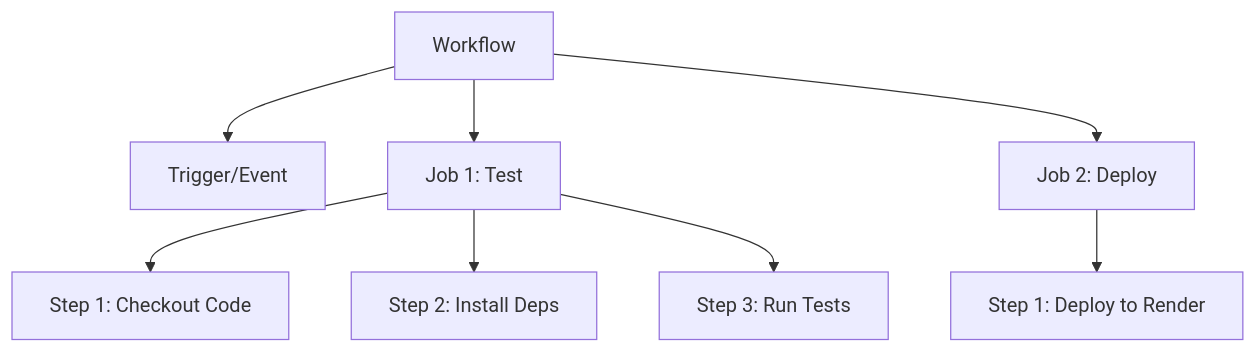
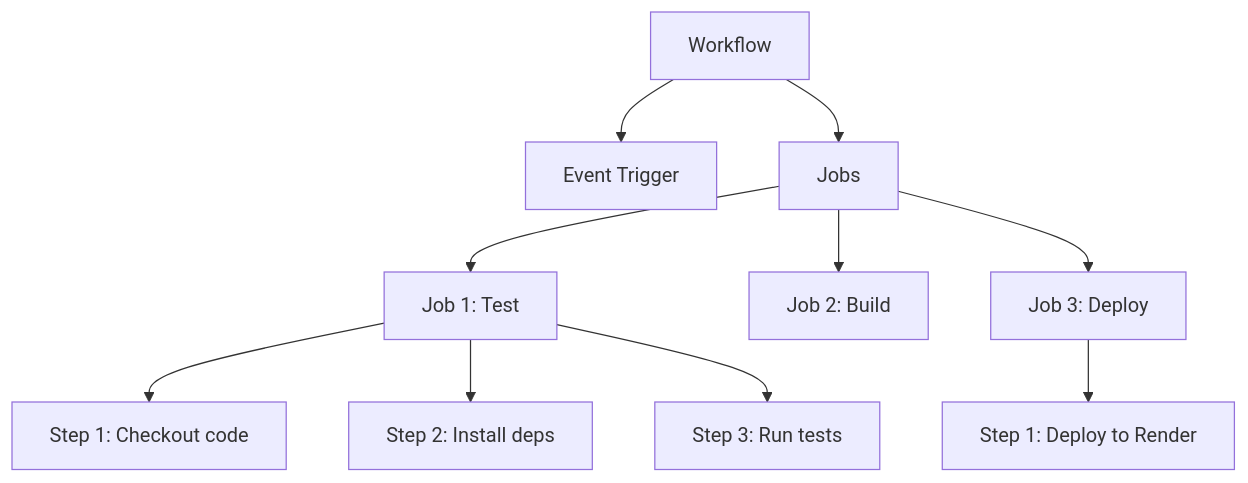
The second of 4 diagrams in 08-deployment/04-cicd-github-actions.md (vikasthakurr/FullStack-WebDev-Notes), drawn with Mermaid before and after one commit. The commit also changed other lines of this file and 57 other files, not shown here.

````diff
--- a/08-deployment/04-cicd-github-actions.md
+++ b/08-deployment/04-cicd-github-actions.md
@@ -31,10 +40,12 @@
 ```mermaid
-graph TD
-    A[Workflow] --> B[Trigger/Event]
-    A --> C[Job 1: Test]
-    A --> D[Job 2: Deploy]
-    C --> E[Step 1: Checkout Code]
-    C --> F[Step 2: Install Deps]
-    C --> G[Step 3: Run Tests]
-    D --> H[Step 1: Deploy to Render]
+flowchart TD
+    A[Workflow] --> B[Event Trigger]
+    A --> C[Jobs]
+    C --> D[Job 1: Test]
+    C --> E[Job 2: Build]
+    C --> F[Job 3: Deploy]
+    D --> D1[Step 1: Checkout code]
+    D --> D2[Step 2: Install deps]
+    D --> D3[Step 3: Run tests]
+    F --> F1[Step 1: Deploy to Render]
 ```
````
